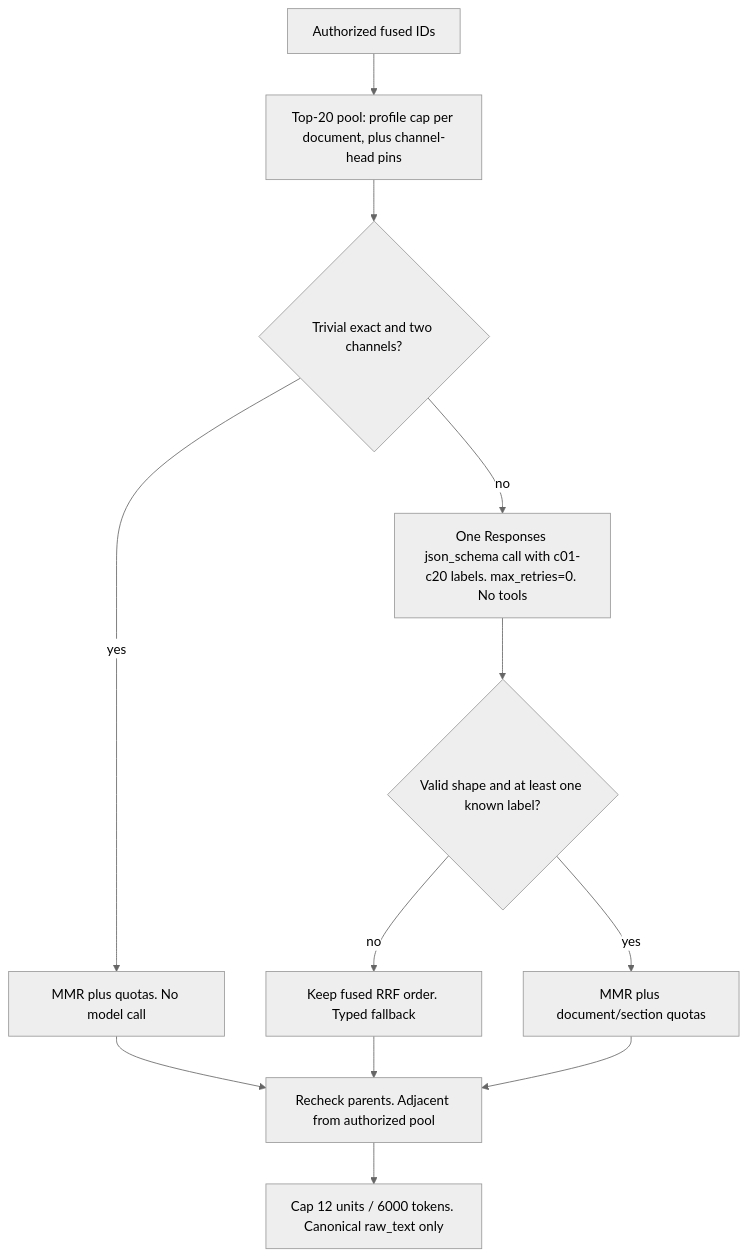
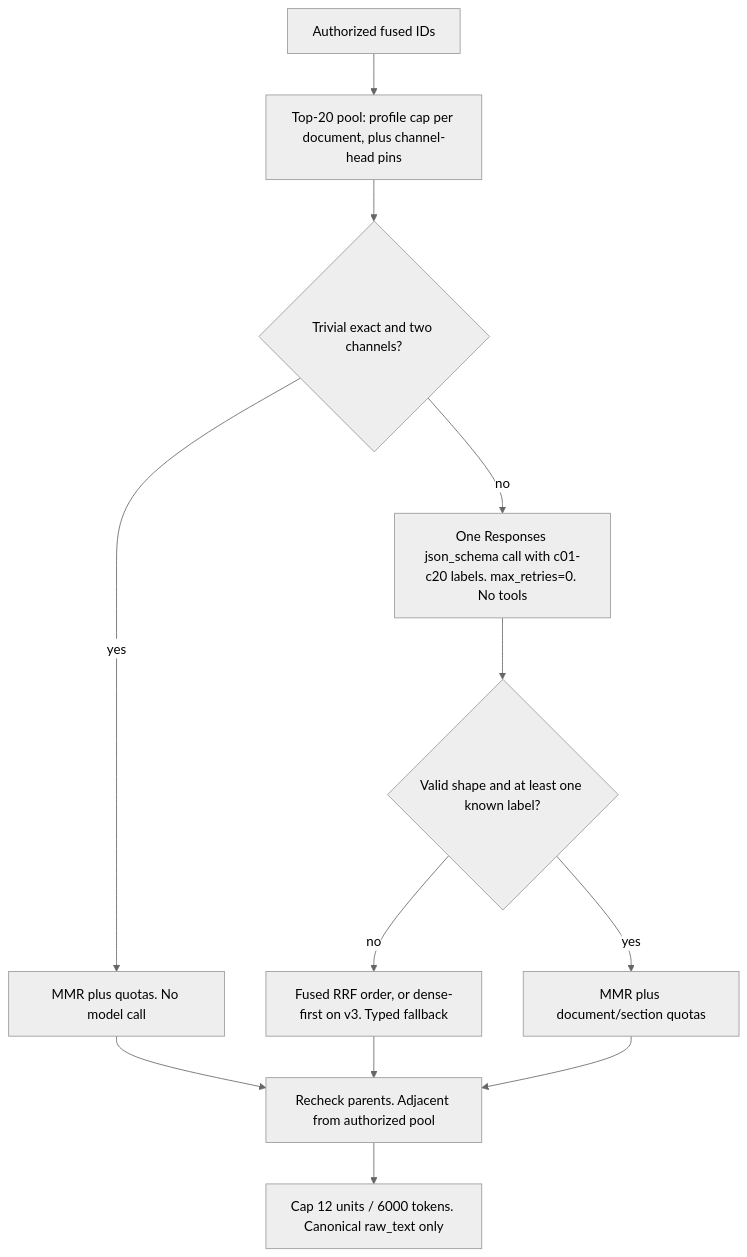
The third of 4 diagrams in docs/retrieval/HYBRID_RETRIEVAL_CONTRACT.md (Nagdy8888/smart-rag), drawn with Mermaid (neutral theme) before and after one commit. The commit also changed other lines of this file and 13 other files, not shown here.

First line of the commit message:
feat(retrieval): hybrid_long_document_v3 with dense pin 12 and dense-first fallback (A4)

````diff
--- a/docs/retrieval/HYBRID_RETRIEVAL_CONTRACT.md
+++ b/docs/retrieval/HYBRID_RETRIEVAL_CONTRACT.md
@@ -252,14 +270,14 @@
 ```mermaid
 flowchart TD
   fused["Authorized fused IDs"] --> pool["Top-20 pool: profile cap per document, plus channel-head pins"]
   pool --> skip{"Trivial exact and two channels?"}
   skip -->|yes| mmrSkip["MMR plus quotas. No model call"]
   skip -->|no| oneCall["One Responses json_schema call with c01-c20 labels. max_retries=0. No tools"]
   oneCall --> valid{"Valid shape and at least one known label?"}
-  valid -->|no| rrf["Keep fused RRF order. Typed fallback"]
+  valid -->|no| rrf["Fused RRF order, or dense-first on v3. Typed fallback"]
   valid -->|yes| mmr["MMR plus document/section quotas"]
   mmrSkip --> parents["Recheck parents. Adjacent from authorized pool"]
   rrf --> parents
   mmr --> parents
   parents --> trim["Cap 12 units / 6000 tokens. Canonical raw_text only"]
 ```
````
